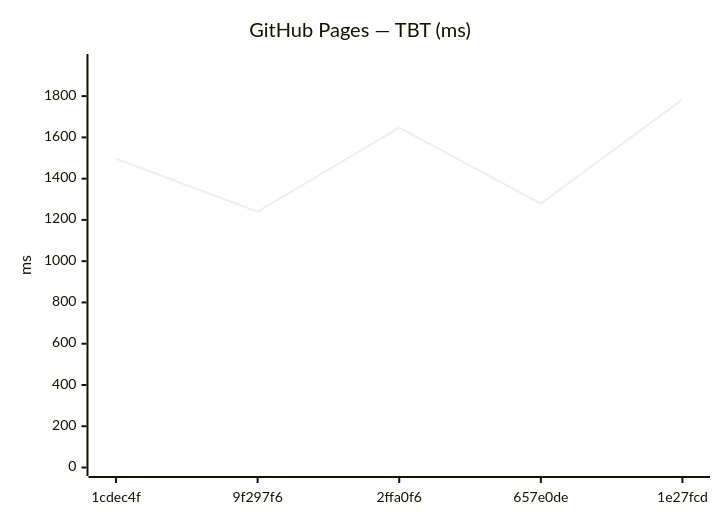
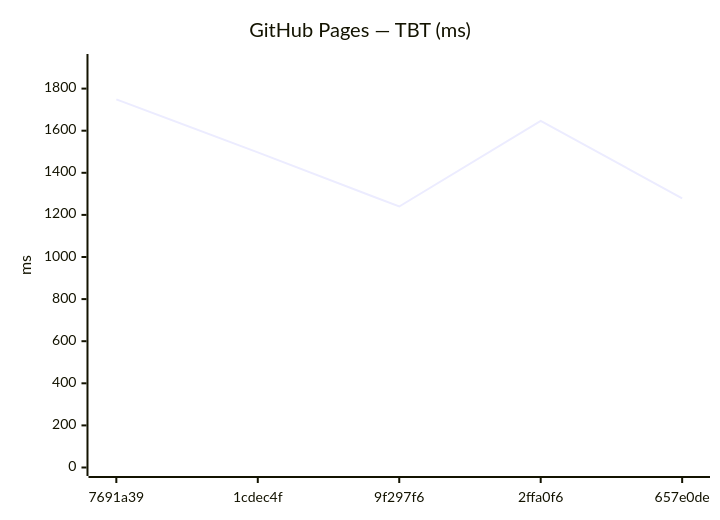
One commit to Metaheurist/Rianell changed the tenth of 18 diagrams in benchmarks/compare.md. Above: the diagram before and after it, drawn with Mermaid. The commit also changed other lines of this file and 11 other files, not shown here.

````diff
--- a/benchmarks/compare.md
+++ b/benchmarks/compare.md
@@ -149,7 +149,7 @@
 ```mermaid
 xychart-beta
     title "GitHub Pages — TBT (ms)"
-    x-axis ["1cdec4f", "9f297f6", "2ffa0f6", "657e0de", "1e27fcd"]
-    y-axis "ms" 0 --> 1963
-    line [1497, 1240, 1647, 1279, 1784]
+    x-axis ["7691a39", "1cdec4f", "9f297f6", "2ffa0f6", "657e0de"]
+    y-axis "ms" 0 --> 1924
+    line [1749, 1497, 1240, 1647, 1279]
 ```
````
